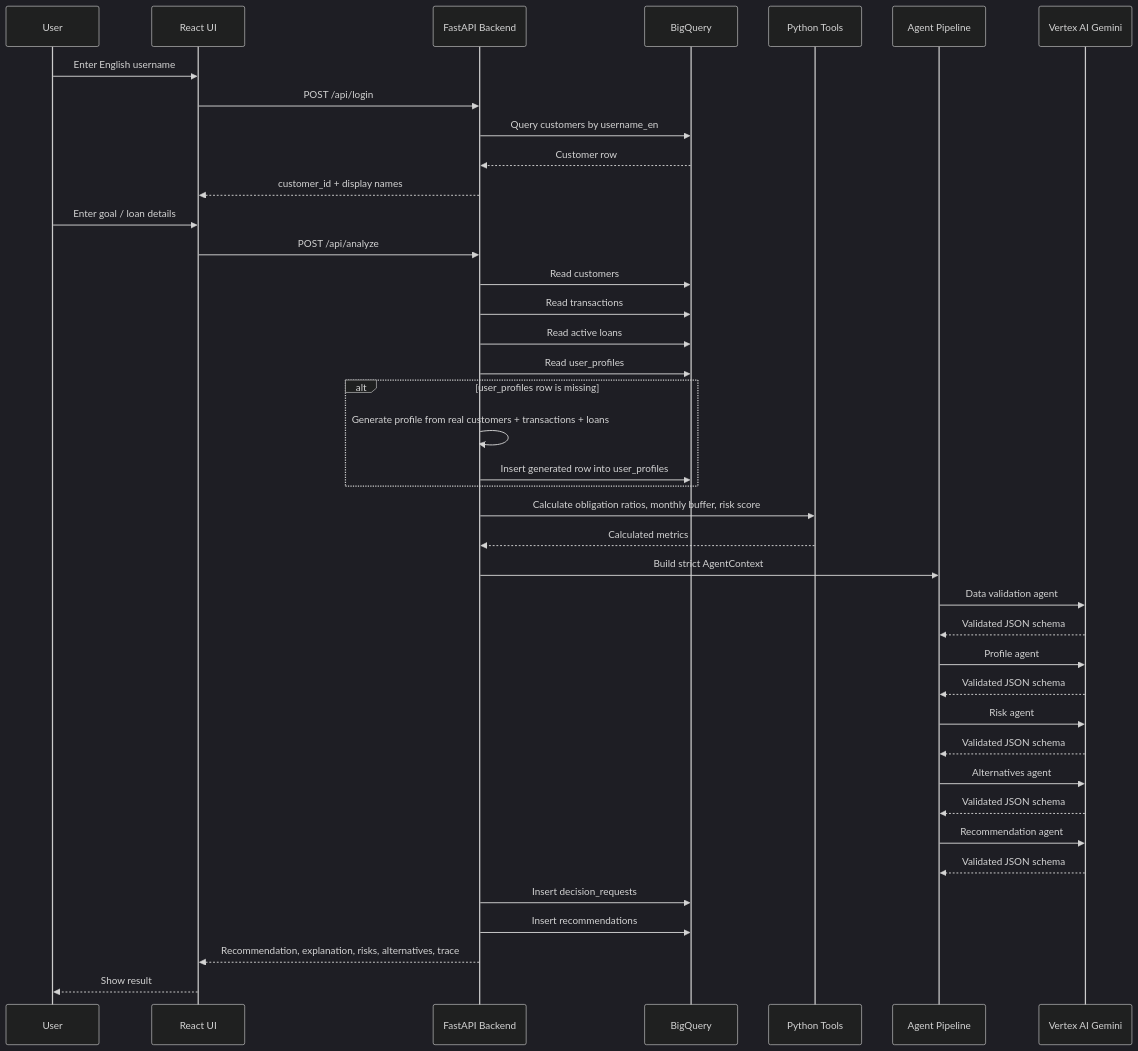
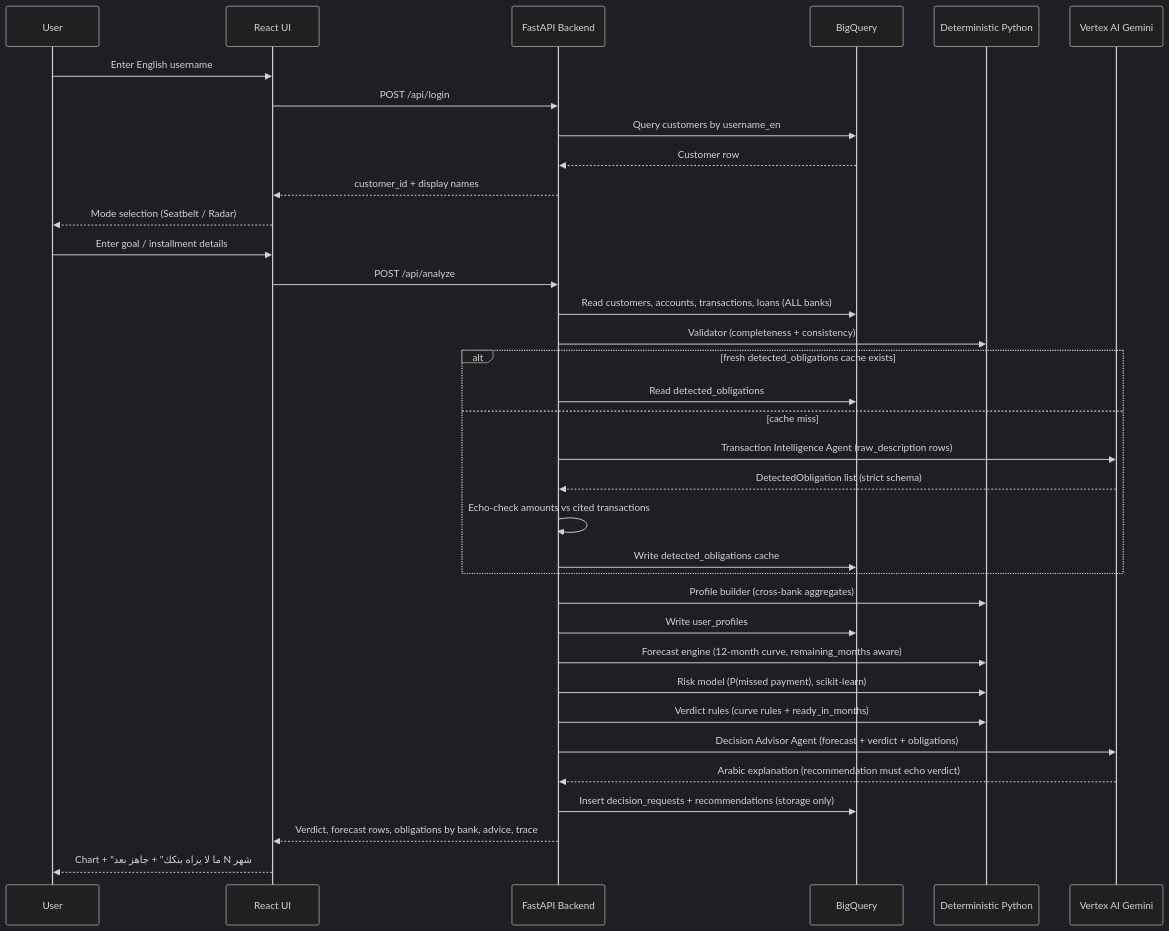
One commit to krrizzer/edraak changed the first of 2 diagrams in User-Workflow.md. Above: the diagram before and after it, drawn with Mermaid (dark theme). The commit also changed other lines of this file and 70 other files, not shown here.

````diff
--- a/User-Workflow.md
+++ b/User-Workflow.md
@@ -3,49 +5,44 @@
 ```mermaid
 sequenceDiagram
     participant U as User
     participant UI as React UI
     participant API as FastAPI Backend
     participant BQ as BigQuery
-    participant Tools as Python Tools
-    participant Agents as Agent Pipeline
+    participant Det as Deterministic Python
     participant Gemini as Vertex AI Gemini
 
     U->>UI: Enter English username
     UI->>API: POST /api/login
     API->>BQ: Query customers by username_en
     BQ-->>API: Customer row
     API-->>UI: customer_id + display names
+    UI-->>U: Mode selection (Seatbelt / Radar)
 
-    U->>UI: Enter goal / loan details
+    U->>UI: Enter goal / installment details
     UI->>API: POST /api/analyze
 
-    API->>BQ: Read customers
-    API->>BQ: Read transactions
-    API->>BQ: Read active loans
-    API->>BQ: Read user_profiles
+    API->>BQ: Read customers, accounts, transactions, loans (ALL banks)
+    API->>Det: Validator (completeness + consistency)
 
-    alt user_profiles row is missing
-        API->>API: Generate profile from real customers + transactions + loans
-        API->>BQ: Insert generated row into user_profiles
+    alt fresh detected_obligations cache exists
+        API->>BQ: Read detected_obligations
+    else cache miss
+        API->>Gemini: Transaction Intelligence Agent (raw_description rows)
+        Gemini-->>API: DetectedObligation list (strict schema)
+        API->>API: Echo-check amounts vs cited transactions
+        API->>BQ: Write detected_obligations cache
     end
 
-    API->>Tools: Calculate obligation ratios, monthly buffer, risk score
-    Tools-->>API: Calculated metrics
+    API->>Det: Profile builder (cross-bank aggregates)
+    API->>BQ: Write user_profiles
+    API->>Det: Forecast engine (12-month curve, remaining_months aware)
+    API->>Det: Risk model (P(missed payment), scikit-learn)
+    API->>Det: Verdict rules (curve rules + ready_in_months)
 
-    API->>Agents: Build strict AgentContext
-    Agents->>Gemini: Data validation agent
-    Gemini-->>Agents: Validated JSON schema
-    Agents->>Gemini: Profile agent
-    Gemini-->>Agents: Validated JSON schema
-    Agents->>Gemini: Risk agent
-    Gemini-->>Agents: Validated JSON schema
-    Agents->>Gemini: Alternatives agent
-    Gemini-->>Agents: Validated JSON schema
-    Agents->>Gemini: Recommendation agent
-    Gemini-->>Agents: Validated JSON schema
+    API->>Gemini: Decision Advisor Agent (forecast + verdict + obligations)
+    Gemini-->>API: Arabic explanation (recommendation must echo verdict)
 
-    API->>BQ: Insert decision_requests
-    API->>BQ: Insert recommendations
-    API-->>UI: Recommendation, explanation, risks, alternatives, trace
-    UI-->>U: Show result
+    API->>BQ: Insert decision_requests + recommendations (storage only)
+    API-->>UI: Verdict, forecast rows, obligations by bank, advice, trace
+    UI-->>U: Chart + "ما لا يراه بنكك" + جاهز بعد N شهر
 ```
````
